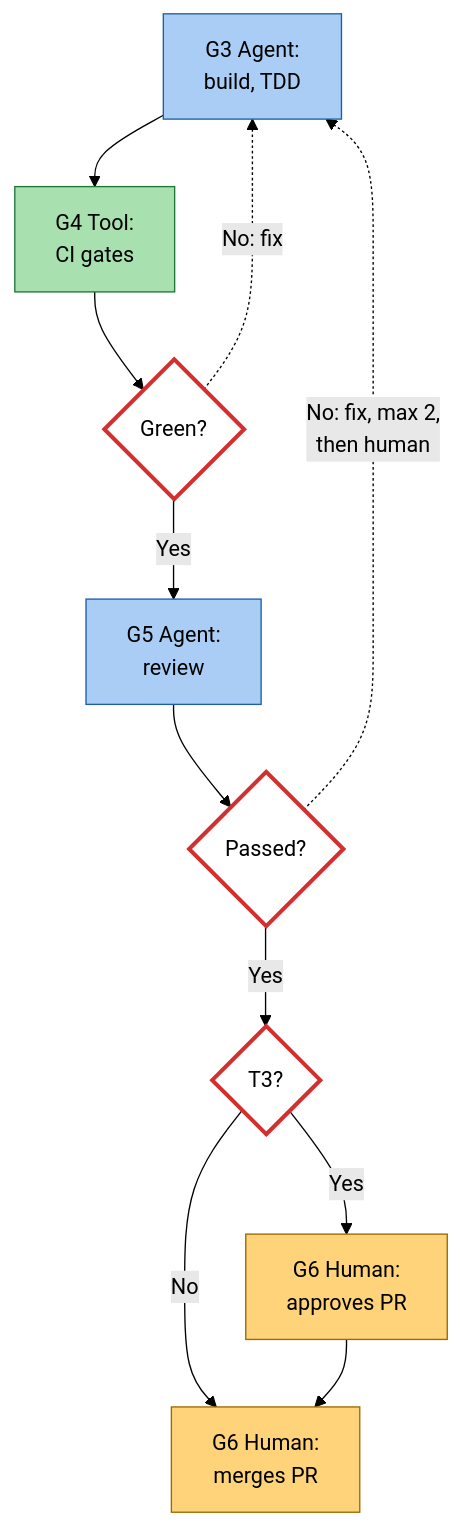
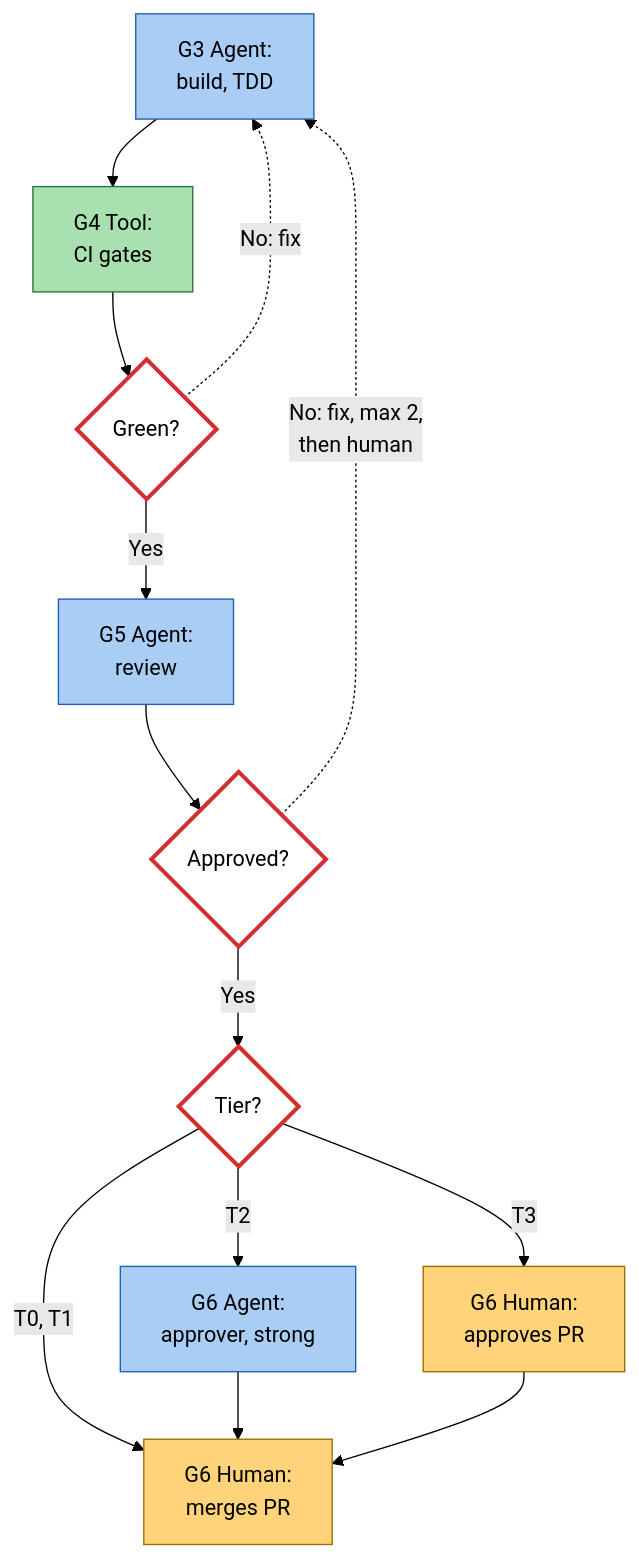
One commit to oneup4real/engineering-standards changed the second of 12 diagrams in README.md. Above: the diagram before and after it, drawn with Mermaid (forest theme). The commit also changed other lines of this file and 7 other files, not shown here.

````diff
--- a/README.md
+++ b/README.md
@@ -89,17 +75,19 @@
 ```mermaid
 flowchart TD
     classDef human fill:#ffd37a,stroke:#9a6b00,color:#000
     classDef agent fill:#a9cdf5,stroke:#1f5fa8,color:#000
     classDef tool fill:#a8e0b0,stroke:#23753a,color:#000
     classDef gate fill:#fff,stroke:#d32f2f,stroke-width:3px,color:#000
     A["G3 Agent:<br/>build, TDD"]:::agent --> B["G4 Tool:<br/>CI gates"]:::tool
     B --> C{"Green?"}:::gate
     C -->|Yes| D["G5 Agent:<br/>review"]:::agent
     C -.->|"No: fix"| A
-    D --> E{"Passed?"}:::gate
+    D --> E{"Approved?"}:::gate
     E -.->|"No: fix, max 2,<br/>then human"| A
-    E -->|Yes| F{"T3?"}:::gate
-    F -->|Yes| G["G6 Human:<br/>approves PR"]:::human
-    F -->|No| H["G6 Human:<br/>merges PR"]:::human
-    G --> H
+    E -->|Yes| F{"Tier?"}:::gate
+    F -->|"T0, T1"| H["G6 Human:<br/>merges PR"]:::human
+    F -->|T2| G2["G6 Agent:<br/>approver, strong"]:::agent
+    F -->|T3| G3["G6 Human:<br/>approves PR"]:::human
+    G2 --> H
+    G3 --> H
 ```
````
